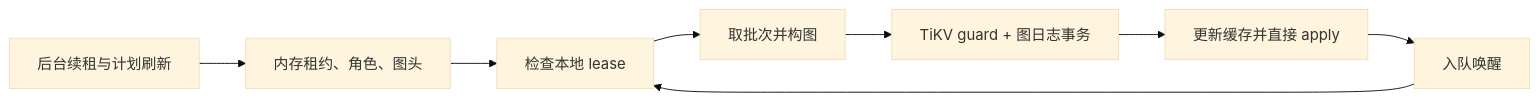
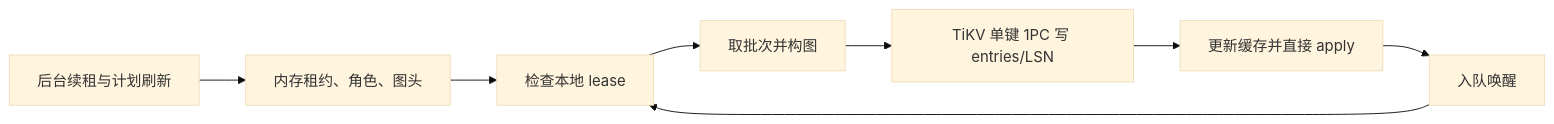
The third of 3 diagrams in GRAPH_JOURNAL.md (youyou-myheart/vecdb), drawn with Mermaid (base theme) before and after one commit. The commit also changed other lines of this file and 83 other files, not shown here.

````diff
--- a/GRAPH_JOURNAL.md
+++ b/GRAPH_JOURNAL.md
@@ -75,10 +80,10 @@
 ```mermaid
 flowchart LR
     C[后台续租与计划刷新] --> M[内存租约、角色、图头]
     Q[入队唤醒] --> L[检查本地 lease]
     M --> L
     L --> B[取批次并构图]
-    B --> T[TiKV guard + 图日志事务]
+    B --> T["TiKV 单键 1PC 写 entries/LSN"]
     T --> A[更新缓存并直接 apply]
     A --> Q
 ```
````
